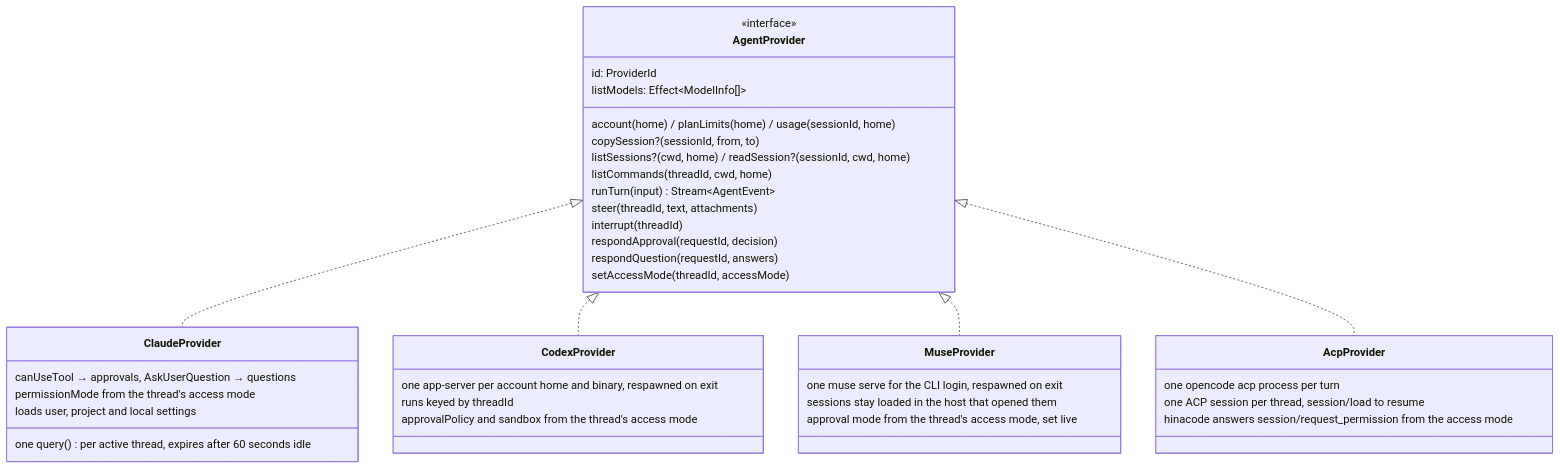
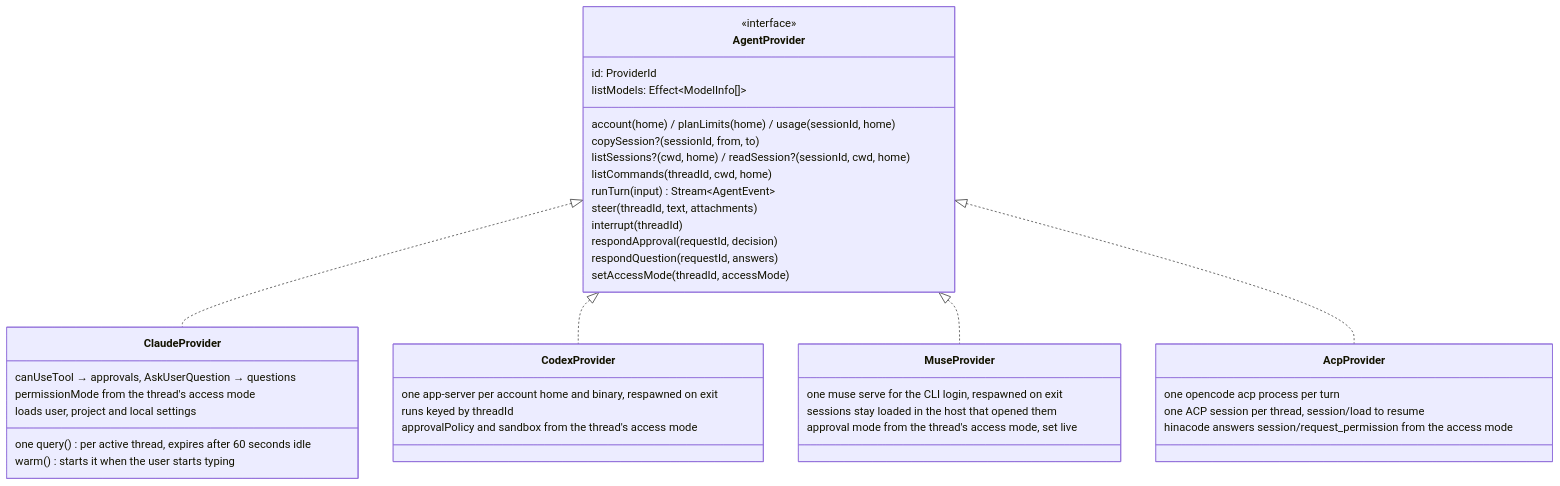
The fifth of 17 diagrams in docs/arch.md (hinadev-ai/hinacode), drawn with Mermaid before and after one commit. The commit also changed other lines of this file and 11 other files, not shown here.

````diff
--- a/docs/arch.md
+++ b/docs/arch.md
@@ -153,43 +153,44 @@
 ```mermaid
 classDiagram
   class AgentProvider {
     <<interface>>
     id: ProviderId
     listModels: Effect~ModelInfo[]~
     account(home) / planLimits(home) / usage(sessionId, home)
     copySession?(sessionId, from, to)
     listSessions?(cwd, home) / readSession?(sessionId, cwd, home)
     listCommands(threadId, cwd, home)
     runTurn(input) Stream~AgentEvent~
     steer(threadId, text, attachments)
     interrupt(threadId)
     respondApproval(requestId, decision)
     respondQuestion(requestId, answers)
     setAccessMode(threadId, accessMode)
   }
   class ClaudeProvider {
     one query() per active thread, expires after 60 seconds idle
+    warm() starts it when the user starts typing
     canUseTool → approvals, AskUserQuestion → questions
     permissionMode from the thread's access mode
     loads user, project and local settings
   }
   class CodexProvider {
     one app-server per account home and binary, respawned on exit
     runs keyed by threadId
     approvalPolicy and sandbox from the thread's access mode
   }
   class MuseProvider {
     one muse serve for the CLI login, respawned on exit
     sessions stay loaded in the host that opened them
     approval mode from the thread's access mode, set live
   }
   class AcpProvider {
     one opencode acp process per turn
     one ACP session per thread, session/load to resume
     hinacode answers session/request_permission from the access mode
   }
   AgentProvider <|.. ClaudeProvider
   AgentProvider <|.. CodexProvider
   AgentProvider <|.. MuseProvider
   AgentProvider <|.. AcpProvider
 ```
````
